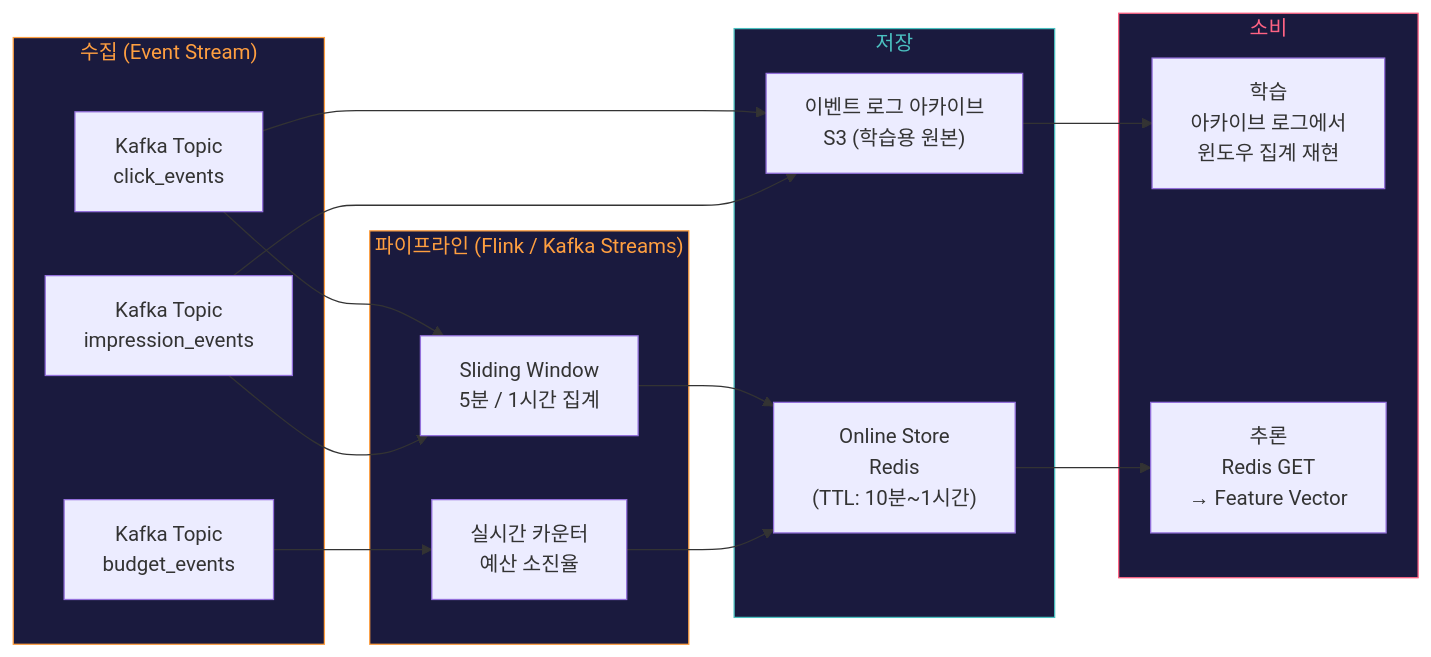
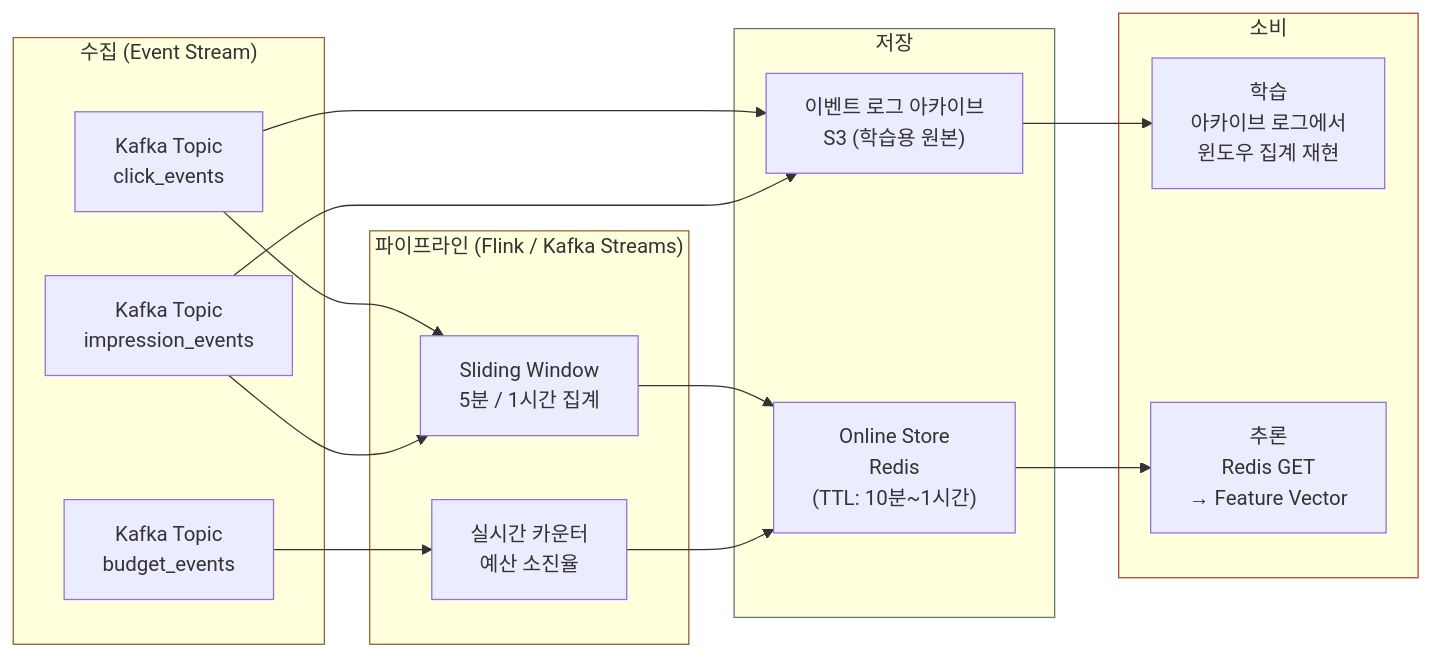
One commit to chkimsu/adtech-blog changed the second of 3 diagrams in posts/feature-store-serving.md. Above: the diagram before and after it, drawn with Mermaid. The commit also changed other lines of this file and 40 other files, not shown here.

````diff
--- a/posts/feature-store-serving.md
+++ b/posts/feature-store-serving.md
@@ -468,38 +468,38 @@
 ```mermaid
 flowchart LR
     subgraph 수집["수집 (Event Stream)"]
         K1["Kafka Topic<br/>click_events"]
         K2["Kafka Topic<br/>impression_events"]
         K3["Kafka Topic<br/>budget_events"]
     end
 
     subgraph 파이프라인["파이프라인 (Flink / Kafka Streams)"]
         F1["Sliding Window<br/>5분 / 1시간 집계"]
         F2["실시간 카운터<br/>예산 소진율"]
     end
 
     subgraph 저장["저장"]
         ON2["Online Store<br/>Redis<br/>(TTL: 10분~1시간)"]
         LOG["이벤트 로그 아카이브<br/>S3 (학습용 원본)"]
     end
 
     subgraph 소비["소비"]
         TR2["학습<br/>아카이브 로그에서<br/>윈도우 집계 재현"]
         INF2["추론<br/>Redis GET<br/>→ Feature Vector"]
     end
 
     K1 --> F1
     K2 --> F1
     K3 --> F2
     F1 --> ON2
     F2 --> ON2
     K1 --> LOG
     K2 --> LOG
     LOG --> TR2
     ON2 --> INF2
 
-    style 수집 fill:#1a1a3e,stroke:#ff9f40,color:#ff9f40
-    style 파이프라인 fill:#1a1a3e,stroke:#ff9f40,color:#ff9f40
-    style 저장 fill:#1a1a3e,stroke:#4bc0c0,color:#4bc0c0
-    style 소비 fill:#1a1a3e,stroke:#ff6384,color:#ff6384
+    style 수집 stroke:#8f6231
+    style 파이프라인 stroke:#8f6231
+    style 저장 stroke:#5b7d6a
+    style 소비 stroke:#b0442c
 ```
````
